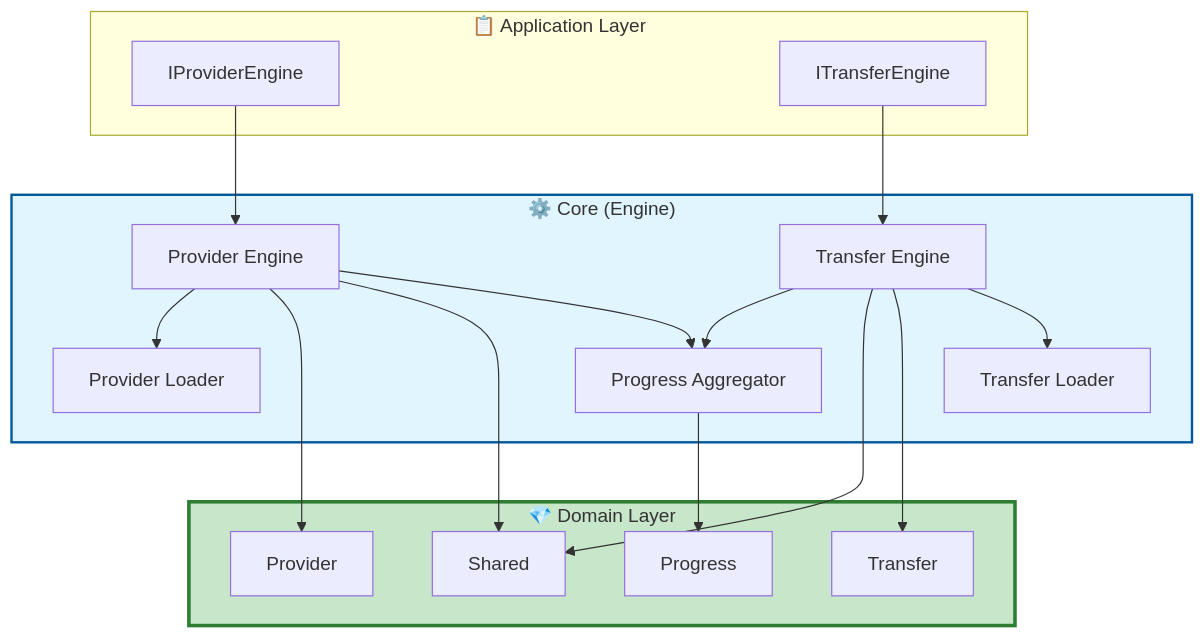
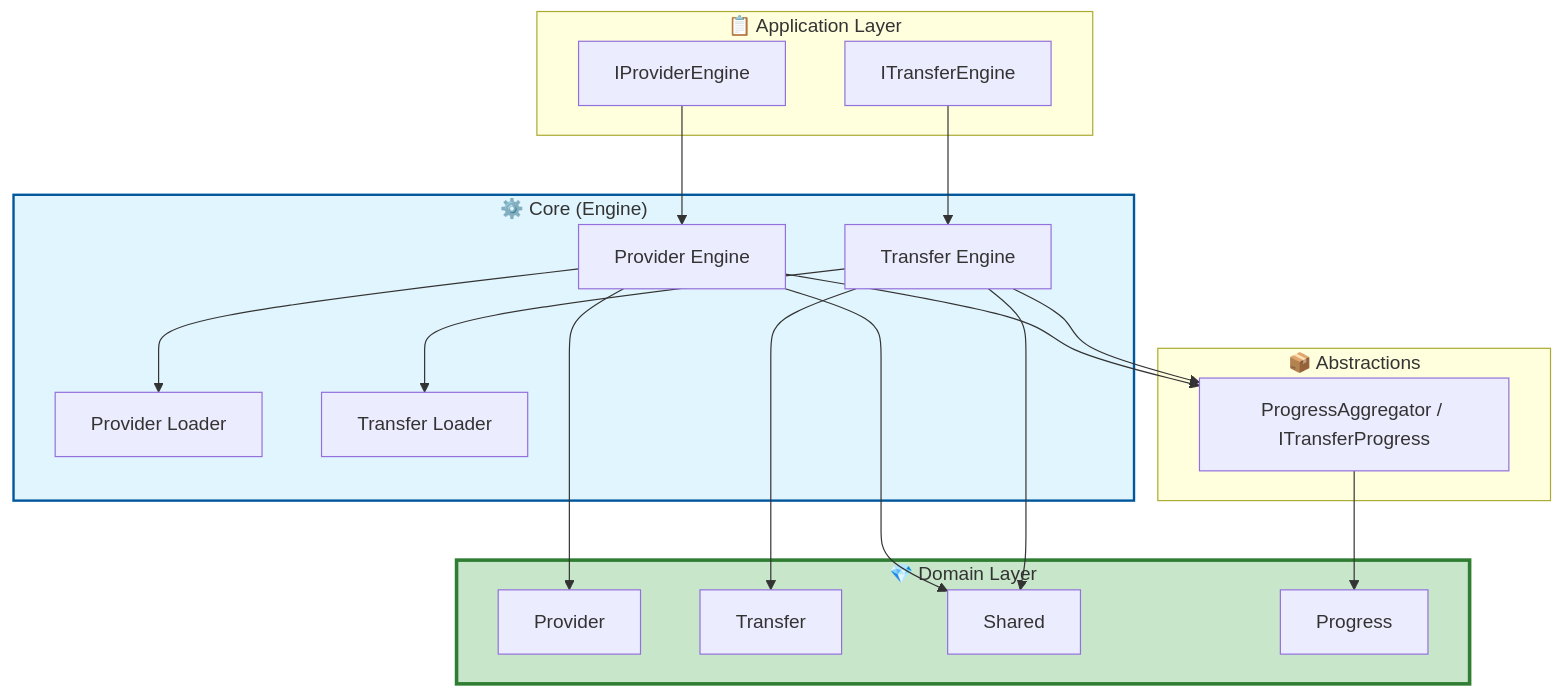
One commit to SOWITransferX/plugin-devkit changed the third of 8 diagrams in docs/architecture/architecture.md. Above: the diagram before and after it, drawn with Mermaid. The commit also changed other lines of this file and 26 other files, not shown here.

````diff
--- a/docs/architecture/architecture.md
+++ b/docs/architecture/architecture.md
@@ -225,49 +225,52 @@
 ```mermaid
 graph TD
 
 	subgraph Application["📋 Application Layer"]
     	%% Ports (from Application)
 	    ProviderInterfaces["IProviderEngine"]
     	TransferInterfaces["ITransferEngine"]
 	end
 
     subgraph Core["⚙️ Core (Engine)"]
         ProviderEngine["Provider Engine"]
         TransferEngine["Transfer Engine"]
         ProviderLoader["Provider Loader"]
         TransferLoader["Transfer Loader"]
-        ProgressAggregator["Progress Aggregator"]
+    end
+
+    subgraph Abstractions["📦 Abstractions"]
+        ProgressAggregator["ProgressAggregator / ITransferProgress"]
     end
 
     subgraph Domain["💎 Domain Layer"]
         ProviderDomain["Provider"]
         TransferDomain["Transfer"]
         SharedDomain["Shared"]
         ProgressDomain["Progress"]
     end
 
     %% Dependencies
     ProviderInterfaces --> ProviderEngine
     TransferInterfaces --> TransferEngine
 
     ProviderEngine --> ProviderLoader
     ProviderEngine --> ProviderDomain
     ProviderEngine --> SharedDomain
     ProviderEngine --> ProgressAggregator
     
     ProgressAggregator --> ProgressDomain
     
     TransferEngine --> ProgressAggregator
     TransferEngine --> SharedDomain
     TransferEngine --> TransferDomain
     TransferEngine --> TransferLoader
 
     %% ===== COLORS =====
     %%style Presentation fill:#ffff4,stroke:#f1f12d,stroke-width:2px
     style Domain fill:#c8e6c9,stroke:#2e7d32,stroke-width:3px
     %%style Application fill:#fff9c4,stroke:#fbc02d,stroke-width:2px
     style Core fill:#e1f5fe,stroke:#01579b,stroke-width:2px
     %%style Abstractions fill:#f3e5f5,stroke:#7b1fa2,stroke-width:2px
     %%style Infrastructure fill:#ffe0b2,stroke:#e65100,stroke-width:2px
     %%style Plugins fill:#f5f5f5,stroke:#999,stroke-width:1px
 ```
````
